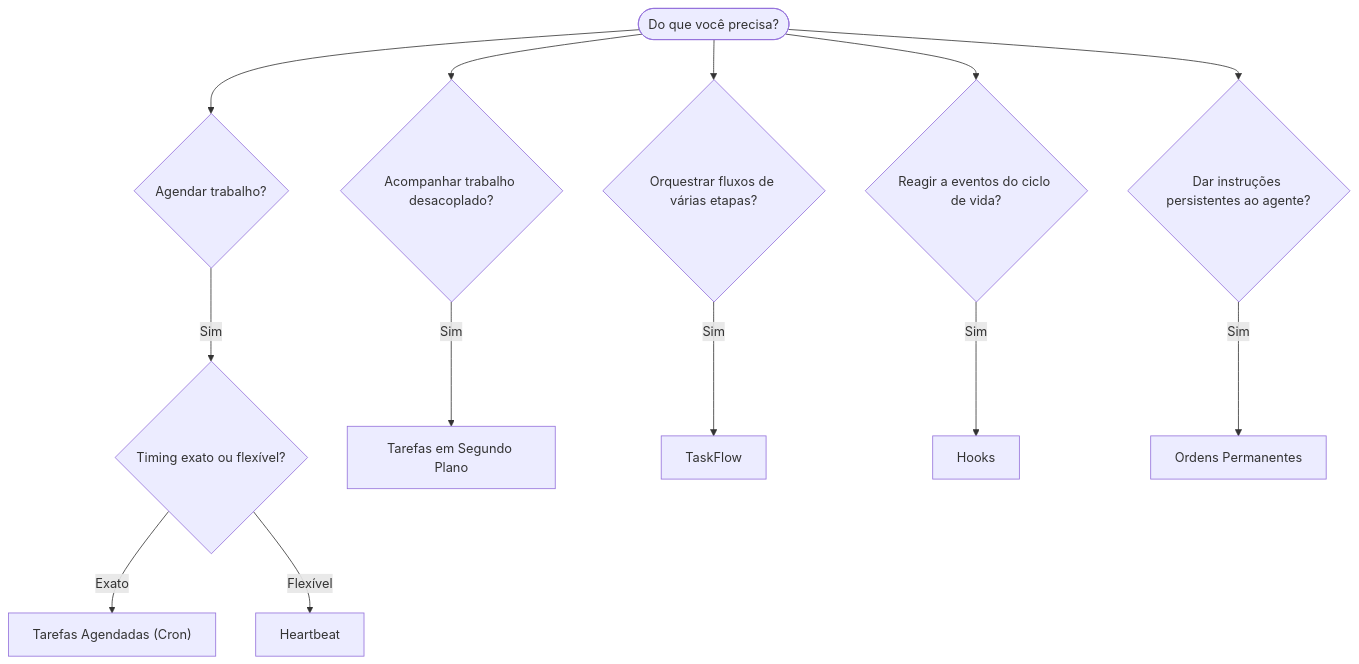
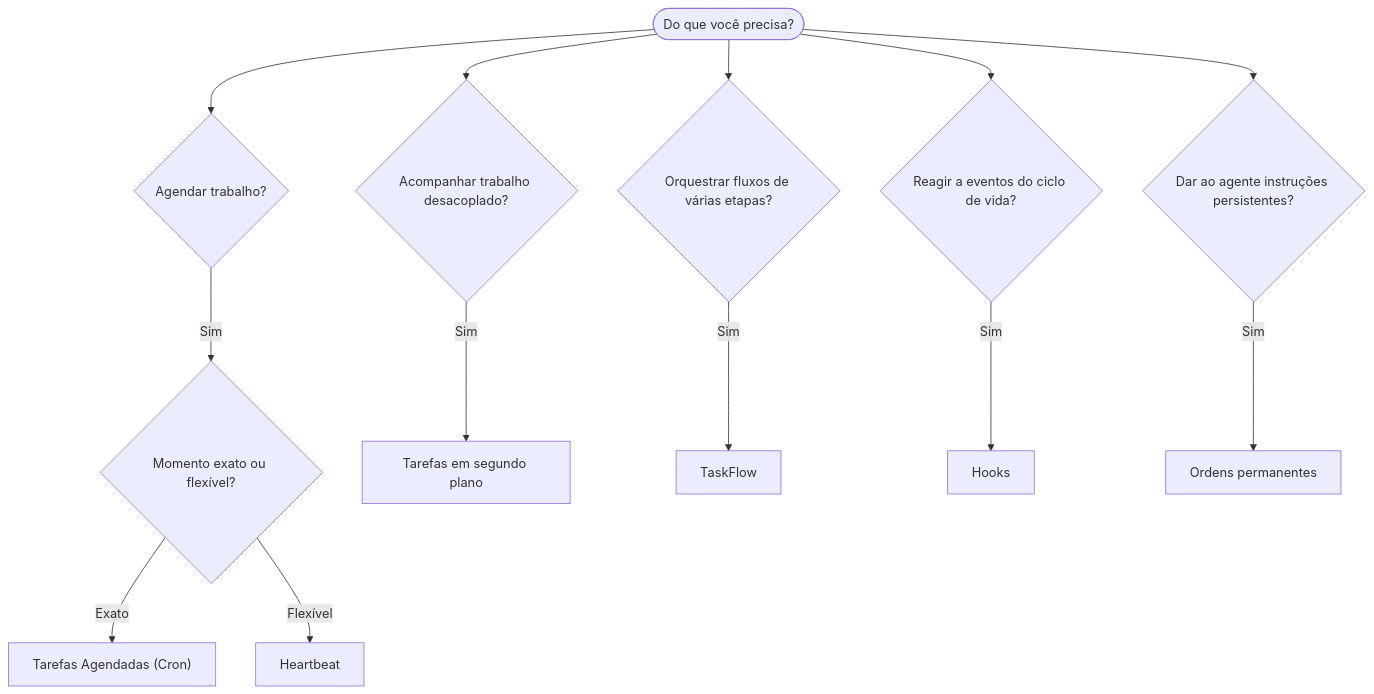
The diagram in docs/pt-BR/automation/index.md (openclaw/docs), drawn with Mermaid before and after one commit. The commit also changed other lines of this file and 174 other files, not shown here.

````diff
--- a/docs/pt-BR/automation/index.md
+++ b/docs/pt-BR/automation/index.md
@@ -21,17 +21,17 @@
 ```mermaid
 flowchart TD
     START([Do que você precisa?]) --> Q1{Agendar trabalho?}
     START --> Q2{Acompanhar trabalho desacoplado?}
     START --> Q3{Orquestrar fluxos de várias etapas?}
     START --> Q4{Reagir a eventos do ciclo de vida?}
-    START --> Q5{Dar instruções persistentes ao agente?}
+    START --> Q5{Dar ao agente instruções persistentes?}
 
-    Q1 -->|Sim| Q1a{Timing exato ou flexível?}
+    Q1 -->|Sim| Q1a{Momento exato ou flexível?}
     Q1a -->|Exato| CRON["Tarefas Agendadas (Cron)"]
     Q1a -->|Flexível| HEARTBEAT[Heartbeat]
 
-    Q2 -->|Sim| TASKS[Tarefas em Segundo Plano]
+    Q2 -->|Sim| TASKS[Tarefas em segundo plano]
     Q3 -->|Sim| FLOW[TaskFlow]
     Q4 -->|Sim| HOOKS[Hooks]
-    Q5 -->|Sim| SO[Ordens Permanentes]
+    Q5 -->|Sim| SO[Ordens permanentes]
 ```
````
